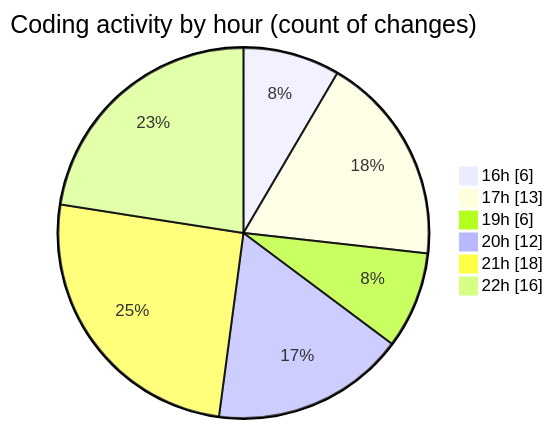
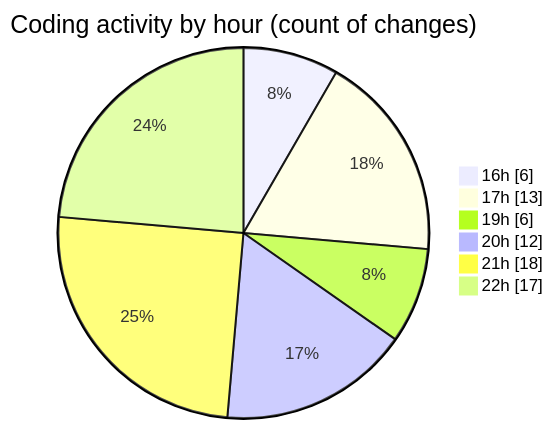
The second of 2 diagrams in 2025-06-22/studio-backend/README.md (idhammustaqopulfikri/code-tracking), drawn with Mermaid before and after one commit. The commit also changed other lines of this file and 1 other file, not shown here.

````diff
--- a/2025-06-22/studio-backend/README.md
+++ b/2025-06-22/studio-backend/README.md
@@ -39,10 +39,10 @@
 ```mermaid
 pie showData
 title Coding activity by hour (count of changes)
 "16h" : 6
 "17h" : 13
 "19h" : 6
 "20h" : 12
 "21h" : 18
-"22h" : 16
+"22h" : 17
 ```
````
